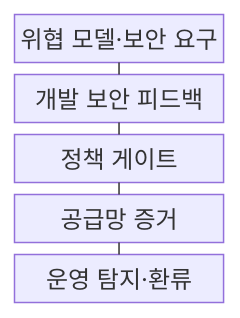
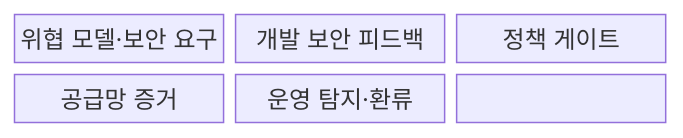
One commit to agnusdei1207/knowledge-base changed the first of 2 diagrams in src/content/docs/notes/08-latest-tech/177_devsecops.md. Above: the diagram before and after it, drawn with Mermaid. The commit also changed other lines of this file and 228 other files, not shown here.

````diff
--- a/src/content/docs/notes/08-latest-tech/177_devsecops.md
+++ b/src/content/docs/notes/08-latest-tech/177_devsecops.md
@@ -49,13 +47,11 @@
 ```mermaid
 block-beta
-  columns 1
-  threat["위협 모델·보안 요구"]
-  feedback["개발 보안 피드백"]
-  gate["정책 게이트"]
-  evidence["공급망 증거"]
-  operation["운영 탐지·환류"]
-  threat --- feedback
-  feedback --- gate
-  gate --- evidence
-  evidence --- operation
+  columns 3
+  N0["위협 모델·보안 요구"]
+  N1["개발 보안 피드백"]
+  N2["정책 게이트"]
+  N3["공급망 증거"]
+  N4["운영 탐지·환류"]
+  N0 --- N1 --- N2
+  N2 --- N3 --- N4
 ```
````
